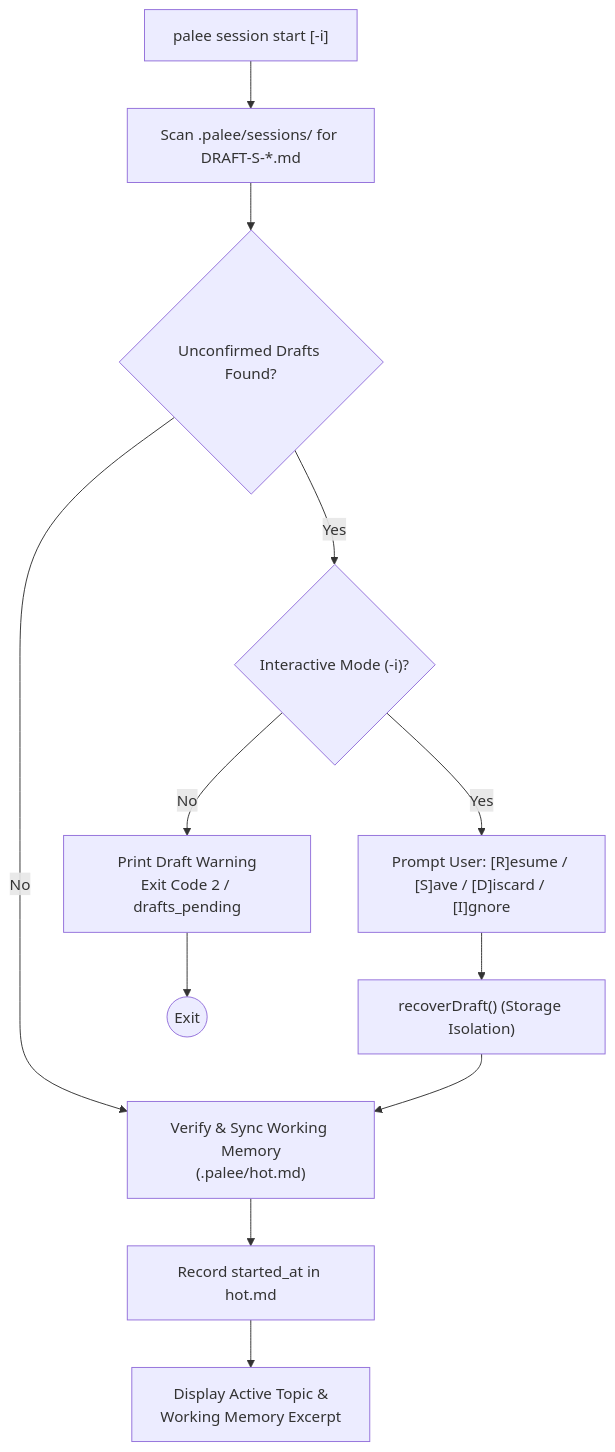
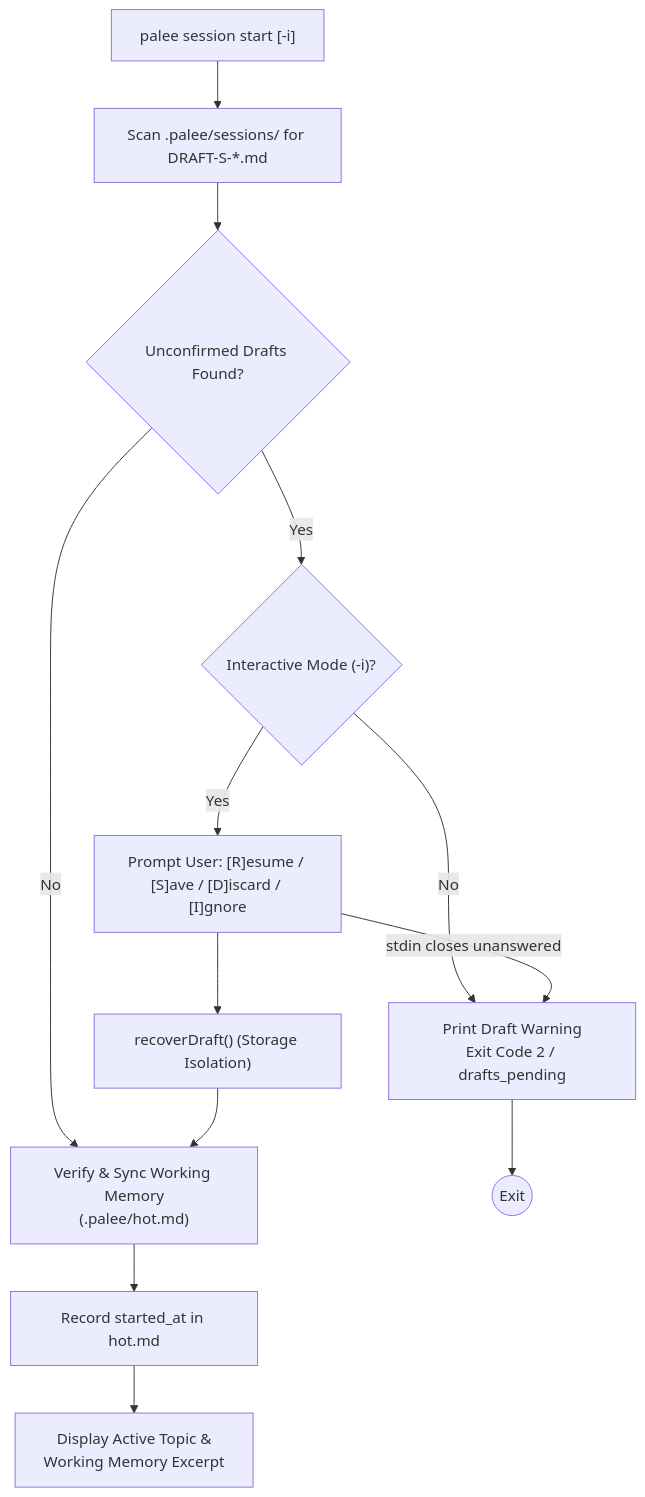
One commit to Kuldeep2822k/cli changed the diagram in docs/02-4-session-management-command.md. Above: the diagram before and after it, drawn with Mermaid. The commit also changed other lines of this file and 4 other files, not shown here.

First line of the commit message:
fix(session): exit 2 when the draft recovery menu runs out of input (#202)

````diff
--- a/docs/02-4-session-management-command.md
+++ b/docs/02-4-session-management-command.md
@@ -55,18 +56,19 @@
 ```mermaid
 flowchart TD
     StartCmd["palee session start [-i]"] --> ScanDrafts["Scan .palee/sessions/ for DRAFT-S-*.md"]
     
     ScanDrafts --> HasDrafts{"Unconfirmed Drafts Found?"}
     HasDrafts -->|"No"| SyncHot["Verify & Sync Working Memory<br/>(.palee/hot.md)"]
     
     HasDrafts -->|"Yes"| InterCheck{"Interactive Mode (-i)?"}
     InterCheck -->|"No"| WarnDraft["Print Draft Warning<br/>Exit Code 2 / drafts_pending"]
     InterCheck -->|"Yes"| PromptRecovery["Prompt User: [R]esume / [S]ave / [D]iscard / [I]gnore"]
     
     PromptRecovery --> ExecuteAction["recoverDraft() (Storage Isolation)"]
+    PromptRecovery -->|"stdin closes unanswered"| WarnDraft
     ExecuteAction --> SyncHot
     WarnDraft --> Stop(("Exit"))
     
     SyncHot --> SetStart["Record started_at in hot.md"]
     SetStart --> PrintHot["Display Active Topic &<br/>Working Memory Excerpt"]
 ```
````
